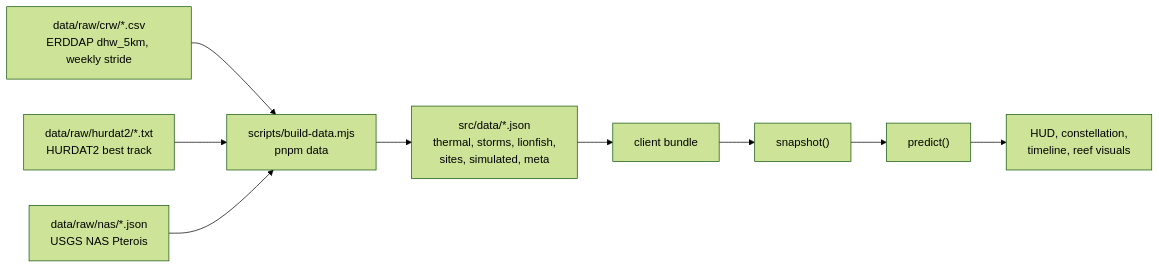
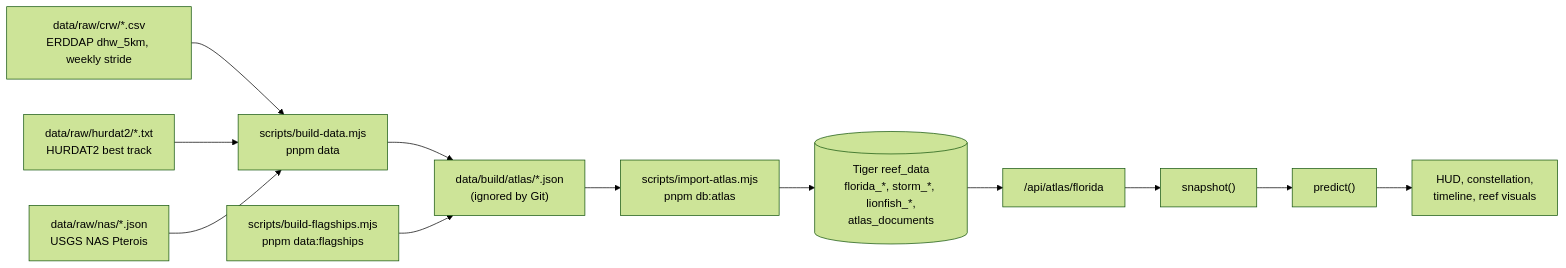
The fourth of 11 diagrams in README.md (VJL0/owlhack-2026), drawn with Mermaid (forest theme) before and after one commit. The commit also changed other lines of this file and 70 other files, not shown here.

First line of the commit message:
Move all app data into Tiger Cloud and serve the heat forecast

````diff
--- a/README.md
+++ b/README.md
@@ -356,9 +377,10 @@
 ```mermaid
 flowchart LR
     CRW["data/raw/crw/*.csv<br/>ERDDAP dhw_5km, weekly stride"] --> Build
     HUR["data/raw/hurdat2/*.txt<br/>HURDAT2 best track"] --> Build
     NAS["data/raw/nas/*.json<br/>USGS NAS Pterois"] --> Build
-    Build["scripts/build-data.mjs<br/>pnpm data"] --> JSON["src/data/*.json<br/>thermal, storms, lionfish,<br/>sites, simulated, meta"]
-    JSON --> Bundle["client bundle"]
-    Bundle --> Snap["snapshot()"] --> Predict["predict()"] --> HUD["HUD, constellation,<br/>timeline, reef visuals"]
+    Build["scripts/build-data.mjs<br/>pnpm data"] --> Stage["data/build/atlas/*.json<br/>(ignored by Git)"]
+    Flag["scripts/build-flagships.mjs<br/>pnpm data:flagships"] --> Stage
+    Stage --> Load["scripts/import-atlas.mjs<br/>pnpm db:atlas"] --> Tiger[("Tiger reef_data<br/>florida_*, storm_*, lionfish_*,<br/>atlas_documents")]
+    Tiger --> API["/api/atlas/florida"] --> Snap["snapshot()"] --> Predict["predict()"] --> HUD["HUD, constellation,<br/>timeline, reef visuals"]
 ```
````
